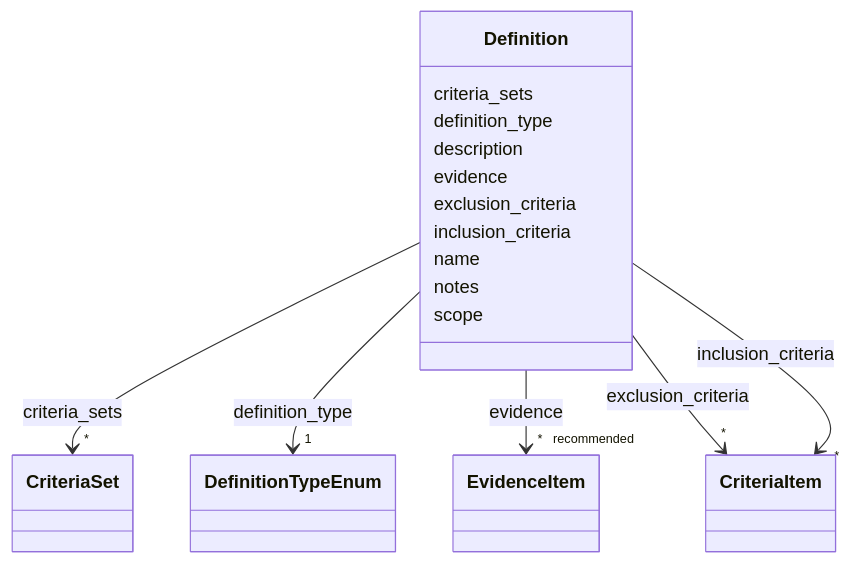
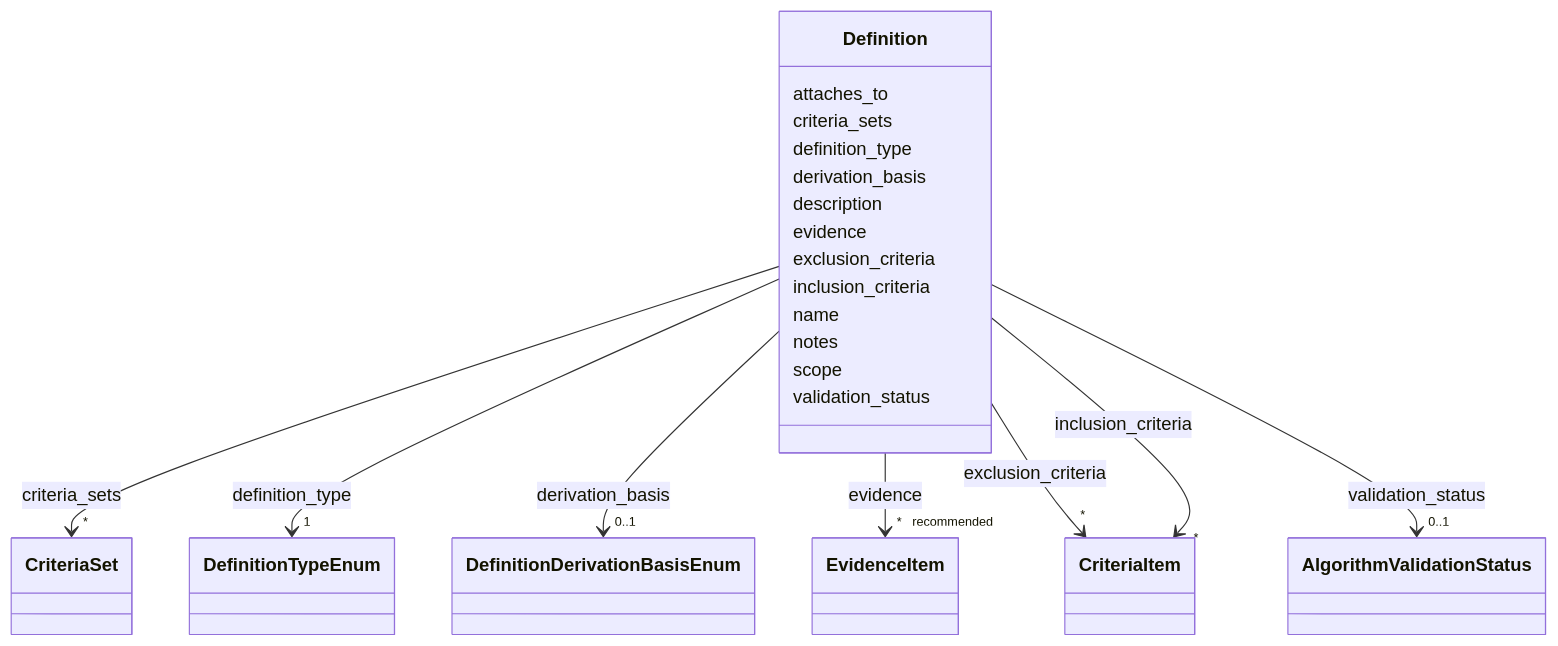
Before and after one commit to monarch-initiative/dismech: the diagram in docs/schema/classes/Definition.md, drawn with Mermaid. The commit also changed other lines of this file and 393 other files, not shown here.

````diff
--- a/docs/schema/classes/Definition.md
+++ b/docs/schema/classes/Definition.md
@@ -19,6 +19,8 @@
  classDiagram
     class Definition
     click Definition href "../../classes/Definition/"
+      Definition : attaches_to
+        
       Definition : criteria_sets
         
           
@@ -38,6 +40,17 @@
         
         Definition --> "1" DefinitionTypeEnum : definition_type
         click DefinitionTypeEnum href "../../enums/DefinitionTypeEnum/"
+    
+
+        
+      Definition : derivation_basis
+        
+          
+    
+        
+        
+        Definition --> "0..1" DefinitionDerivationBasisEnum : derivation_basis
+        click DefinitionDerivationBasisEnum href "../../enums/DefinitionDerivationBasisEnum/"
     
 
         
@@ -82,5 +95,16 @@
         
       Definition : scope
         
+      Definition : validation_status
+        
+          
+    
+        
+        
+        Definition --> "0..1" AlgorithmValidationStatus : validation_status
+        click AlgorithmValidationStatus href "../../classes/AlgorithmValidationStatus/"
+    
+
+        
       
 ```
````
